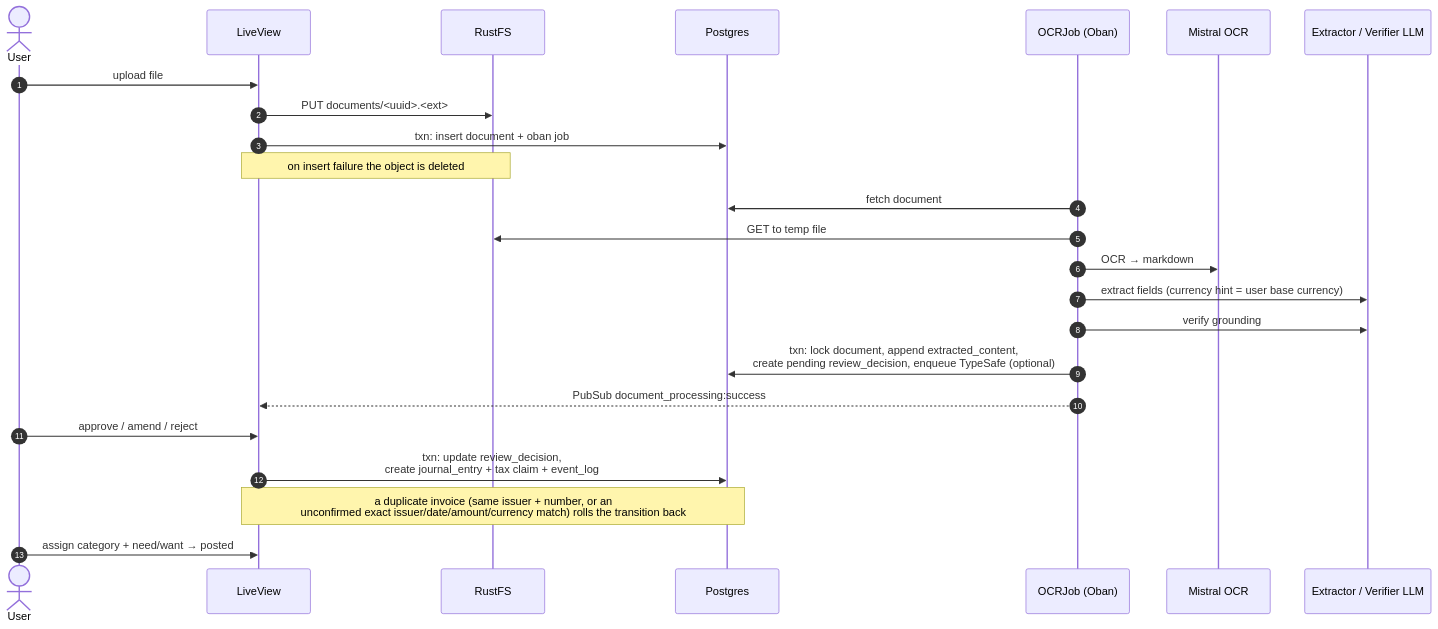
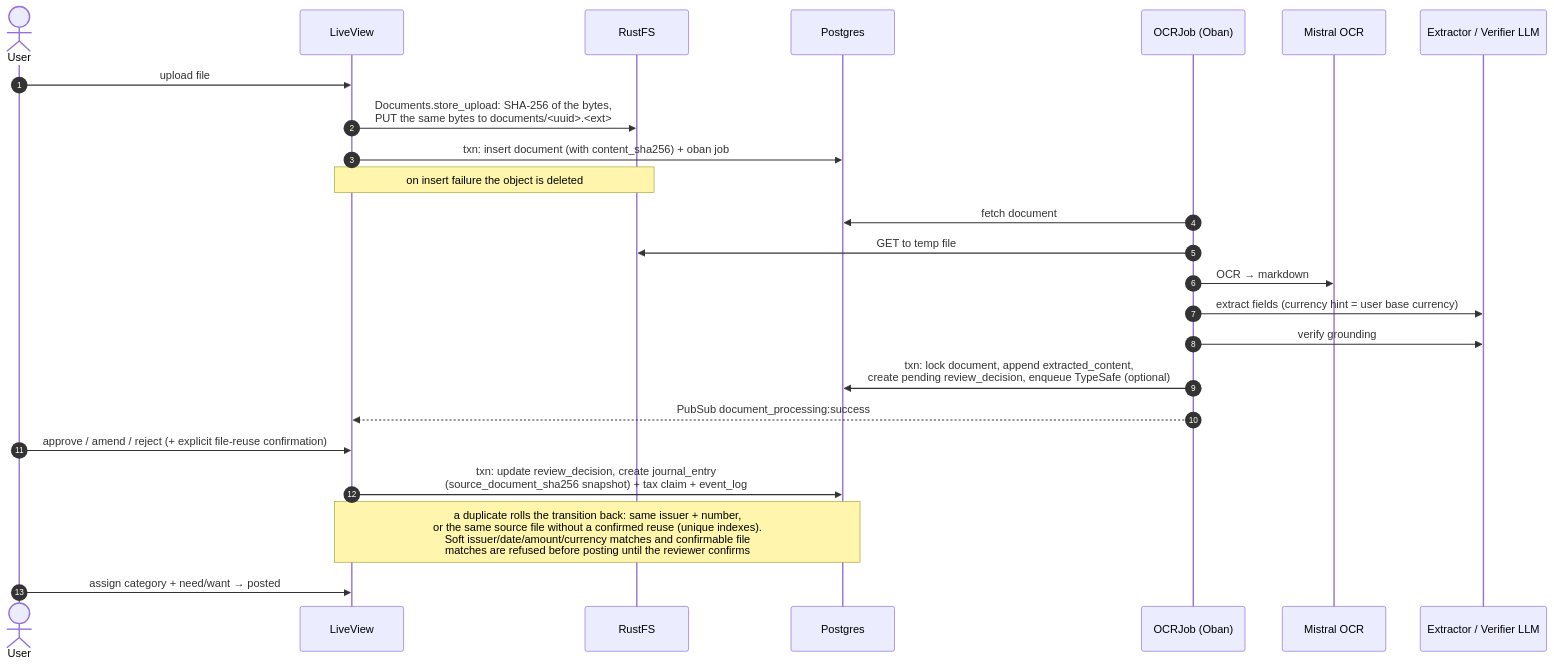
One commit to acramatte/zaimu-tomo changed the third of 6 diagrams in docs/architecture.md. Above: the diagram before and after it, drawn with Mermaid. The commit also changed other lines of this file and 33 other files, not shown here.

````diff
--- a/docs/architecture.md
+++ b/docs/architecture.md
@@ -172,27 +172,27 @@
 ```mermaid
 sequenceDiagram
     autonumber
     actor U as User
     participant LV as LiveView
     participant S3 as RustFS
     participant DB as Postgres
     participant J as OCRJob (Oban)
     participant M as Mistral OCR
     participant L as Extractor / Verifier LLM
 
     U->>LV: upload file
-    LV->>S3: PUT documents/<uuid>.<ext>
-    LV->>DB: txn: insert document + oban job
+    LV->>S3: Documents.store_upload: SHA-256 of the bytes,<br/>PUT the same bytes to documents/<uuid>.<ext>
+    LV->>DB: txn: insert document (with content_sha256) + oban job
     Note over LV,S3: on insert failure the object is deleted
     J->>DB: fetch document
     J->>S3: GET to temp file
     J->>M: OCR → markdown
     J->>L: extract fields (currency hint = user base currency)
     J->>L: verify grounding
     J->>DB: txn: lock document, append extracted_content,<br/>create pending review_decision, enqueue TypeSafe (optional)
     J-->>LV: PubSub document_processing:success
-    U->>LV: approve / amend / reject
-    LV->>DB: txn: update review_decision,<br/>create journal_entry + tax claim + event_log
-    Note over LV,DB: a duplicate invoice (same issuer + number, or an<br/>unconfirmed exact issuer/date/amount/currency match) rolls the transition back
+    U->>LV: approve / amend / reject (+ explicit file-reuse confirmation)
+    LV->>DB: txn: update review_decision, create journal_entry<br/>(source_document_sha256 snapshot) + tax claim + event_log
+    Note over LV,DB: a duplicate rolls the transition back: same issuer + number,<br/>or the same source file without a confirmed reuse (unique indexes).<br/>Soft issuer/date/amount/currency matches and confirmable file<br/>matches are refused before posting until the reviewer confirms
     U->>LV: assign category + need/want → posted
 ```
````
